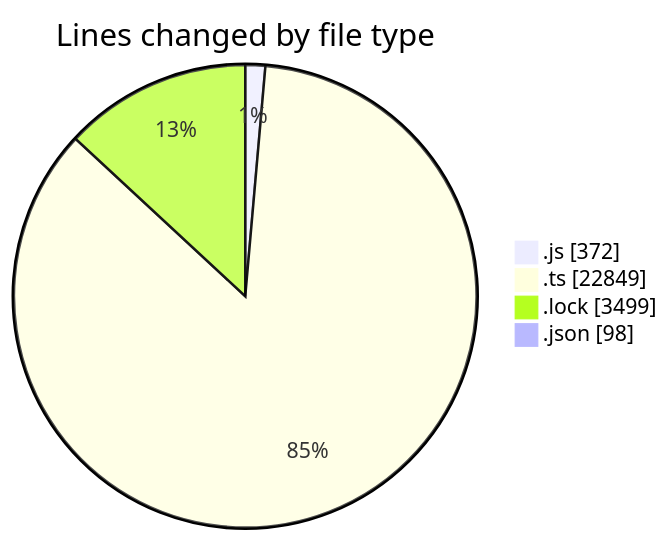
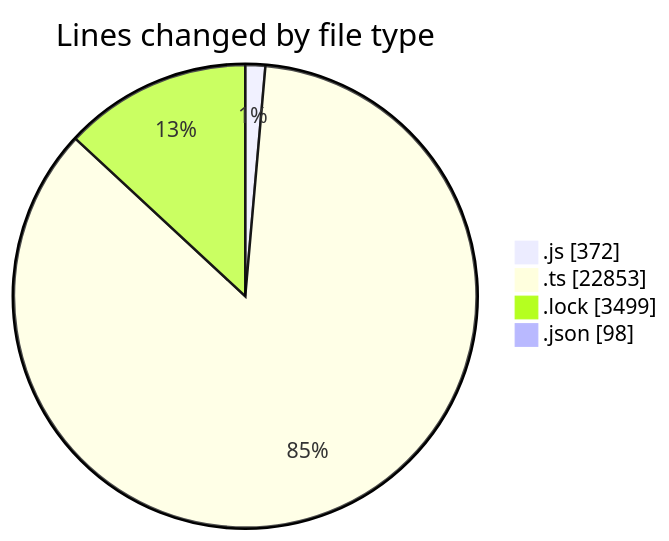
One commit to momahboobian/code-tracking changed the first of 2 diagrams in 2025-05-27/cda/README.md. Above: the diagram before and after it, drawn with Mermaid. The commit also changed other lines of this file and 1 other file, not shown here.

````diff
--- a/2025-05-27/cda/README.md
+++ b/2025-05-27/cda/README.md
@@ -30,8 +30,8 @@
 ```mermaid
 pie showData
 title Lines changed by file type
 ".js" : 372
-".ts" : 22849
+".ts" : 22853
 ".lock" : 3499
 ".json" : 98
 ```
````
